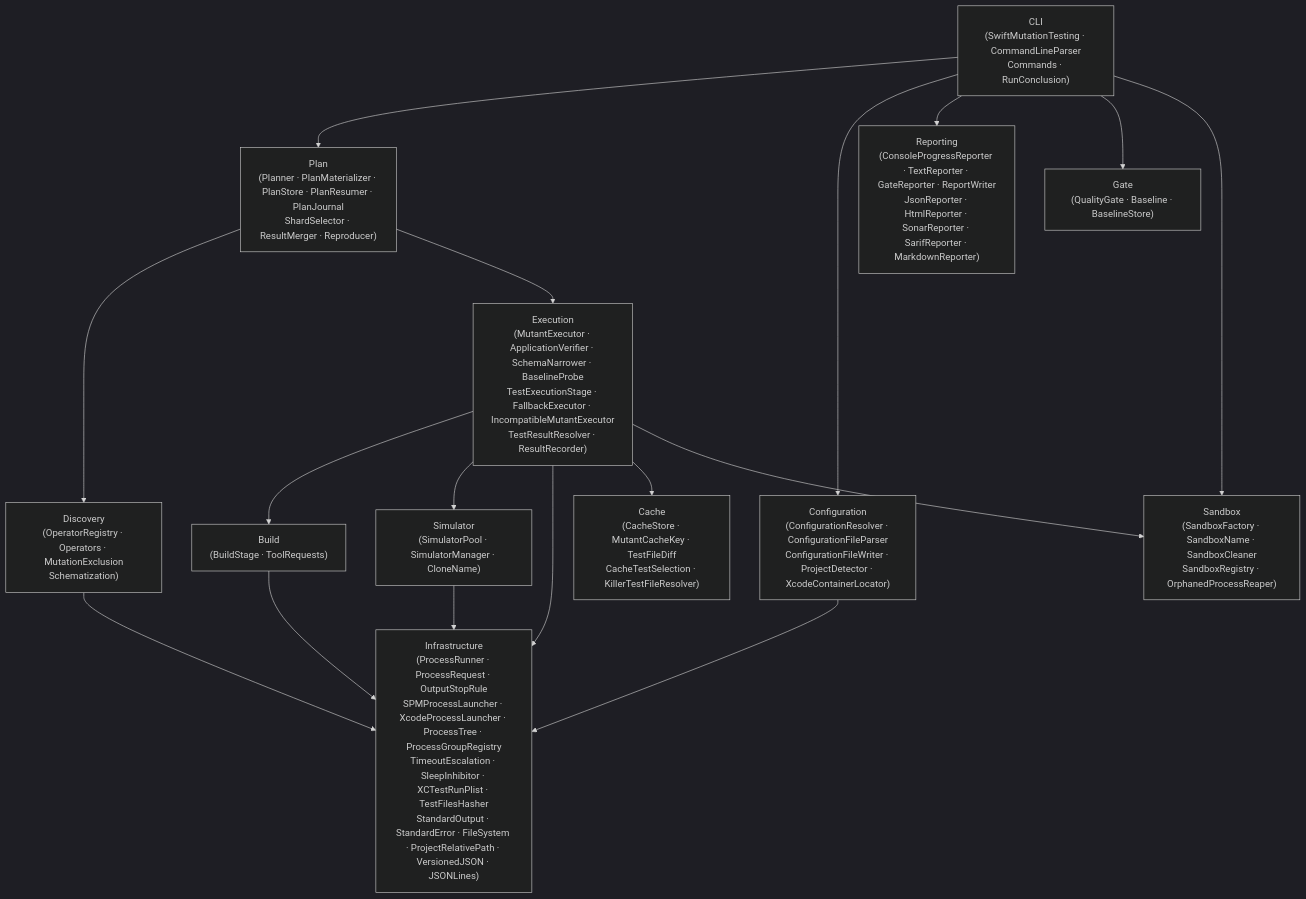
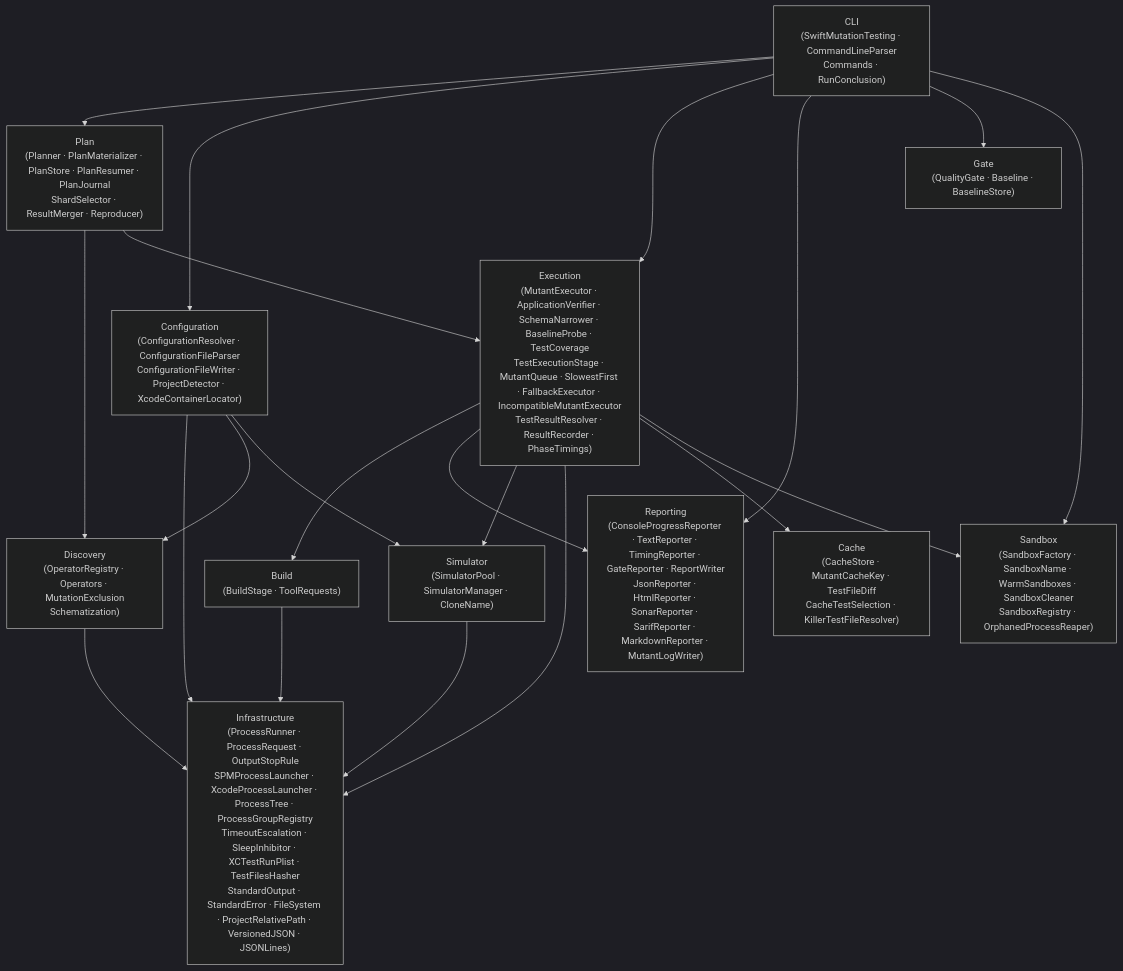
One commit to ericodx/swift-mutation-testing changed the first of 3 diagrams in Docs/Architecture/01-overview.md. Above: the diagram before and after it, drawn with Mermaid (dark theme). The commit also changed other lines of this file and 6 other files, not shown here.

Commit message:
docs: check the architecture documents against the code and redraw the module map, entry point, pipeline and execution diagrams

````diff
--- a/Docs/Architecture/01-overview.md
+++ b/Docs/Architecture/01-overview.md
@@ -17,32 +17,36 @@
 ```mermaid
 graph TD
     CLI["CLI\n(SwiftMutationTesting · CommandLineParser\nCommands · RunConclusion)"]
     CONFIG["Configuration\n(ConfigurationResolver · ConfigurationFileParser\nConfigurationFileWriter · ProjectDetector · XcodeContainerLocator)"]
     DISCOVERY["Discovery\n(OperatorRegistry · Operators · MutationExclusion\nSchematization)"]
     BUILD["Build\n(BuildStage · ToolRequests)"]
-    EXECUTION["Execution\n(MutantExecutor · ApplicationVerifier · SchemaNarrower · BaselineProbe\nTestExecutionStage · FallbackExecutor · IncompatibleMutantExecutor\nTestResultResolver · ResultRecorder)"]
+    EXECUTION["Execution\n(MutantExecutor · ApplicationVerifier · SchemaNarrower · BaselineProbe · TestCoverage\nTestExecutionStage · MutantQueue · SlowestFirst · FallbackExecutor · IncompatibleMutantExecutor\nTestResultResolver · ResultRecorder · PhaseTimings)"]
     SIMULATOR["Simulator\n(SimulatorPool · SimulatorManager · CloneName)"]
-    REPORTING["Reporting\n(ConsoleProgressReporter · TextReporter · GateReporter · ReportWriter\nJsonReporter · HtmlReporter · SonarReporter · SarifReporter · MarkdownReporter)"]
+    REPORTING["Reporting\n(ConsoleProgressReporter · TextReporter · TimingReporter · GateReporter · ReportWriter\nJsonReporter · HtmlReporter · SonarReporter · SarifReporter · MarkdownReporter · MutantLogWriter)"]
     INFRA["Infrastructure\n(ProcessRunner · ProcessRequest · OutputStopRule\nSPMProcessLauncher · XcodeProcessLauncher · ProcessTree · ProcessGroupRegistry\nTimeoutEscalation · SleepInhibitor · XCTestRunPlist · TestFilesHasher\nStandardOutput · StandardError · FileSystem · ProjectRelativePath · VersionedJSON · JSONLines)"]
     CACHE["Cache\n(CacheStore · MutantCacheKey · TestFileDiff\nCacheTestSelection · KillerTestFileResolver)"]
-    SANDBOX["Sandbox\n(SandboxFactory · SandboxName · SandboxCleaner\nSandboxRegistry · OrphanedProcessReaper)"]
+    SANDBOX["Sandbox\n(SandboxFactory · SandboxName · WarmSandboxes · SandboxCleaner\nSandboxRegistry · OrphanedProcessReaper)"]
     GATE["Gate\n(QualityGate · Baseline · BaselineStore)"]
     PLAN["Plan\n(Planner · PlanMaterializer · PlanStore · PlanResumer · PlanJournal\nShardSelector · ResultMerger · Reproducer)"]
 
     CLI --> PLAN
     PLAN --> DISCOVERY
     PLAN --> EXECUTION
     CLI --> CONFIG
+    CLI --> EXECUTION
     CLI --> REPORTING
     CLI --> GATE
     CLI --> SANDBOX
     EXECUTION --> BUILD
+    EXECUTION --> REPORTING
     EXECUTION --> SIMULATOR
     EXECUTION --> INFRA
     EXECUTION --> CACHE
     EXECUTION --> SANDBOX
     BUILD --> INFRA
     SIMULATOR --> INFRA
     DISCOVERY --> INFRA
     CONFIG --> INFRA
+    CONFIG --> DISCOVERY
+    CONFIG --> SIMULATOR
 ```
````
